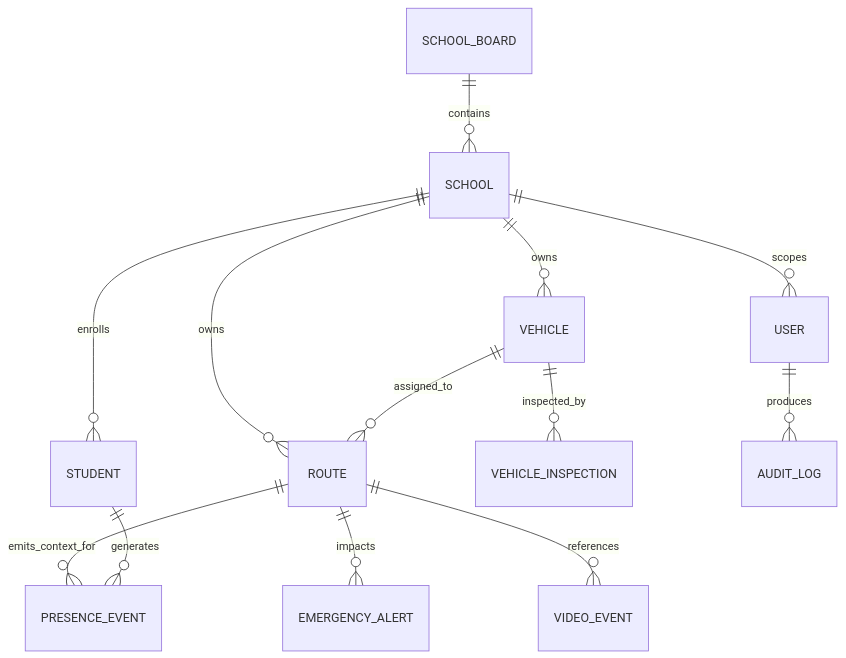
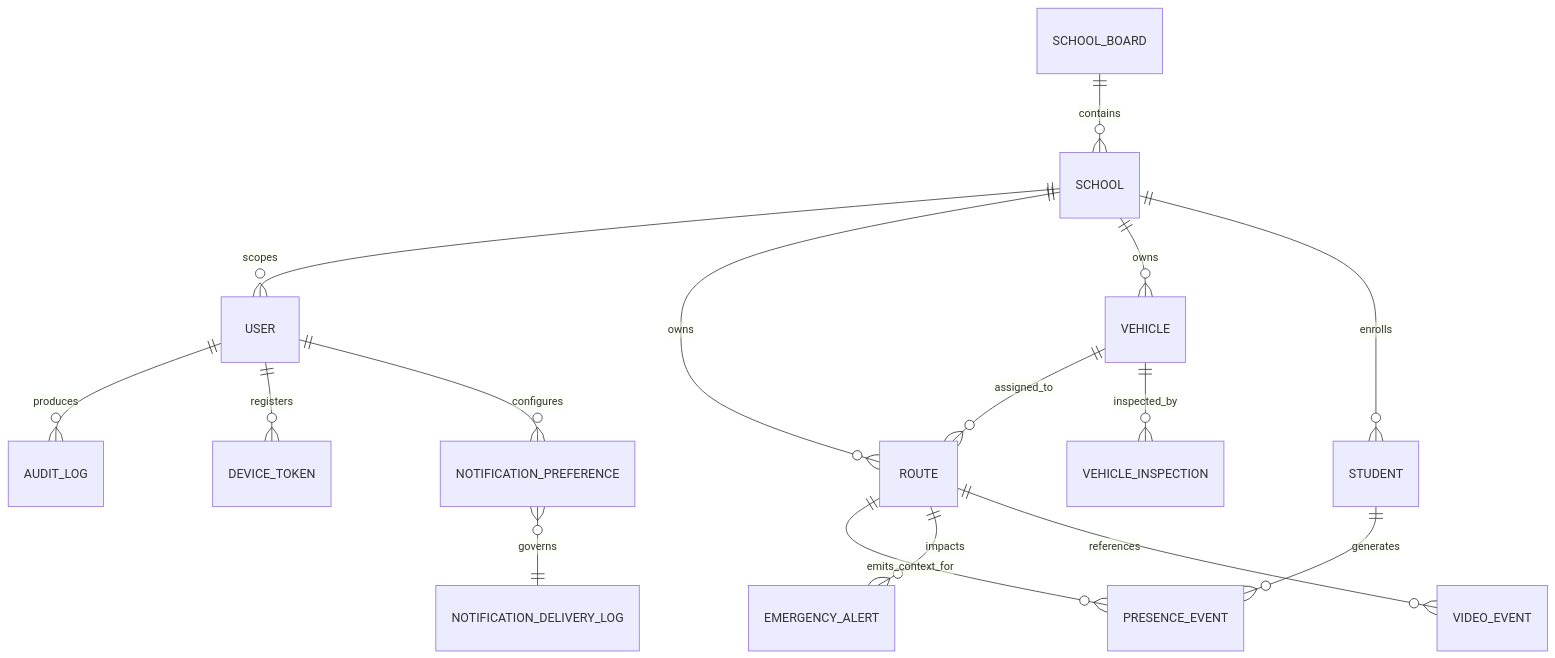
The diagram in docs/Design/DatabaseSchema.md (arvinddhasmana/SBTM), drawn with Mermaid before and after one commit. The commit also changed other lines of this file and 79 other files, not shown here.

````diff
--- a/docs/Design/DatabaseSchema.md
+++ b/docs/Design/DatabaseSchema.md
@@ -25,15 +26,18 @@
 ```mermaid
 erDiagram
     SCHOOL_BOARD ||--o{ SCHOOL : contains
     SCHOOL ||--o{ USER : scopes
     SCHOOL ||--o{ ROUTE : owns
     SCHOOL ||--o{ VEHICLE : owns
     VEHICLE ||--o{ ROUTE : assigned_to
     SCHOOL ||--o{ STUDENT : enrolls
     ROUTE ||--o{ PRESENCE_EVENT : emits_context_for
     STUDENT ||--o{ PRESENCE_EVENT : generates
     ROUTE ||--o{ EMERGENCY_ALERT : impacts
     ROUTE ||--o{ VIDEO_EVENT : references
     VEHICLE ||--o{ VEHICLE_INSPECTION : inspected_by
     USER ||--o{ AUDIT_LOG : produces
+    USER ||--o{ DEVICE_TOKEN : registers
+    USER ||--o{ NOTIFICATION_PREFERENCE : configures
+    NOTIFICATION_PREFERENCE }o--|| NOTIFICATION_DELIVERY_LOG : governs
 ```
````
